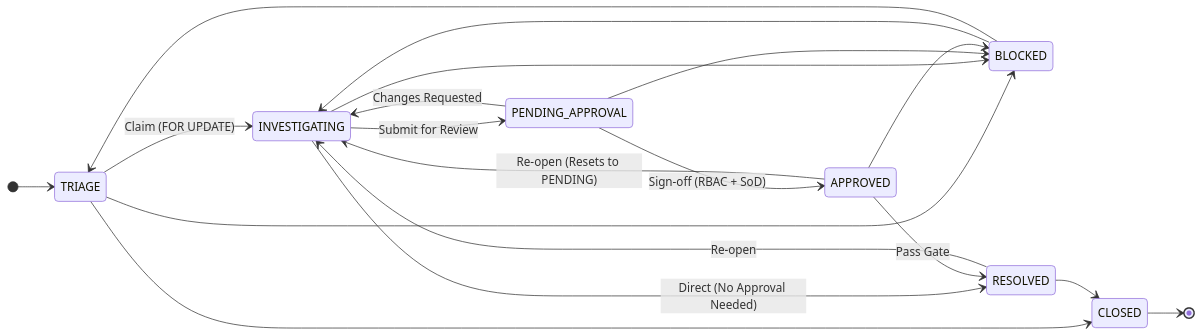
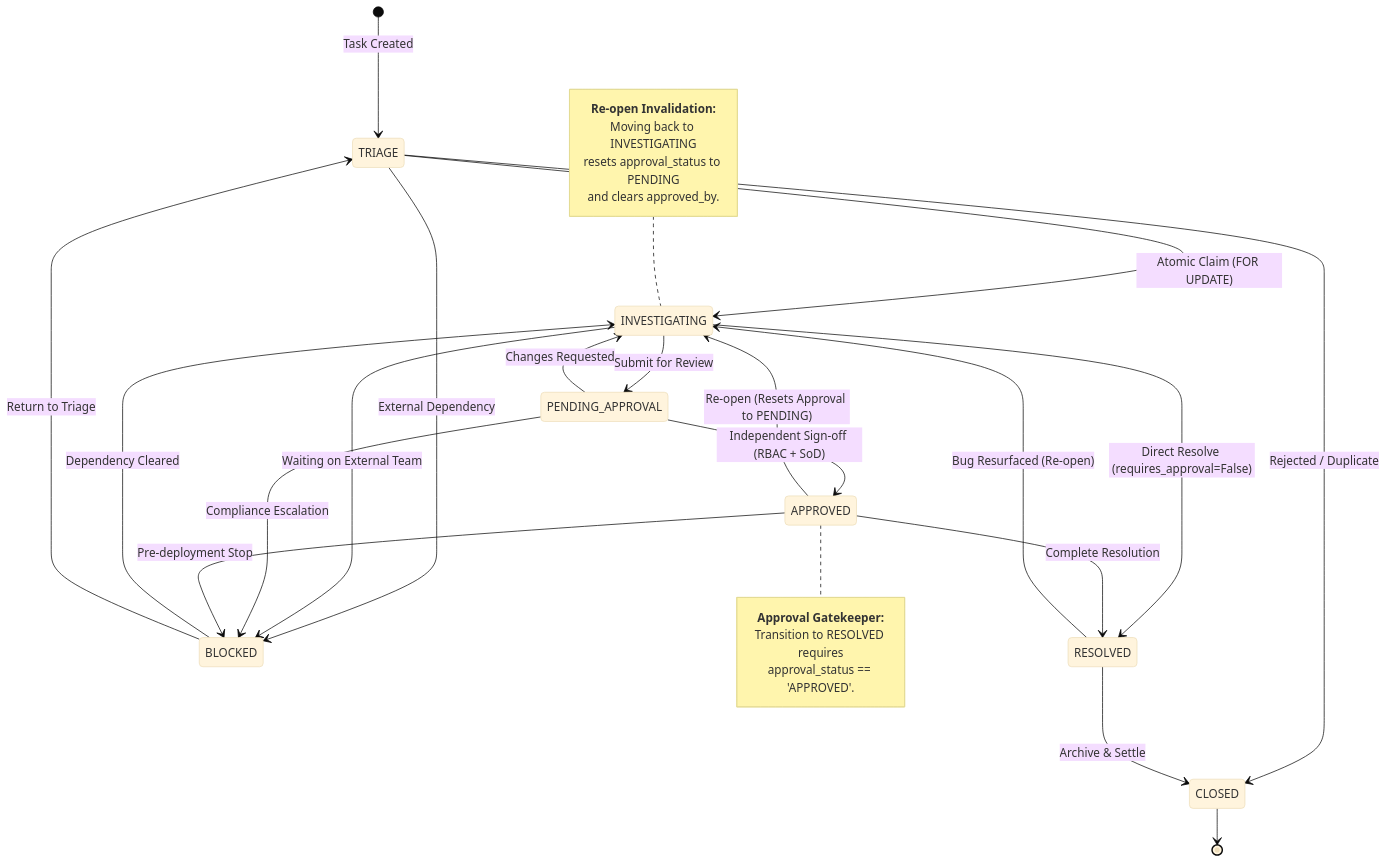
Before and after one commit to matrix-1407/OpsPulse-Newtonite: the second of 4 diagrams in ENGINEERING_DECISIONS.md, drawn with Mermaid. The commit also changed other lines of this file and 1 other file, not shown here.

Commit message:
docs: enlarge and optimize all Mermaid diagrams for high readability and visibility

````diff
--- a/ENGINEERING_DECISIONS.md
+++ b/ENGINEERING_DECISIONS.md
@@ -98,28 +137,49 @@
 ```mermaid
+%%{init: {
+  'theme': 'base',
+  'themeVariables': {
+    'fontSize': '16px',
+    'fontFamily': 'Inter, system-ui, -apple-system, sans-serif'
+  }
+}}%%
 stateDiagram-v2
-    direction LR
-    [*] --> TRIAGE
-    TRIAGE --> INVESTIGATING : Claim (FOR UPDATE)
-    TRIAGE --> BLOCKED
-    TRIAGE --> CLOSED
+    direction TB
+    [*] --> TRIAGE : Task Created
+    
+    TRIAGE --> INVESTIGATING : Atomic Claim (FOR UPDATE)
+    TRIAGE --> BLOCKED : External Dependency
+    TRIAGE --> CLOSED : Rejected / Duplicate
     
     INVESTIGATING --> PENDING_APPROVAL : Submit for Review
-    INVESTIGATING --> RESOLVED : Direct (No Approval Needed)
-    INVESTIGATING --> BLOCKED
+    INVESTIGATING --> RESOLVED : Direct Resolve (requires_approval=False)
+    INVESTIGATING --> BLOCKED : Waiting on External Team
     
-    PENDING_APPROVAL --> APPROVED : Sign-off (RBAC + SoD)
+    PENDING_APPROVAL --> APPROVED : Independent Sign-off (RBAC + SoD)
     PENDING_APPROVAL --> INVESTIGATING : Changes Requested
-    PENDING_APPROVAL --> BLOCKED
+    PENDING_APPROVAL --> BLOCKED : Compliance Escalation
     
-    APPROVED --> RESOLVED : Pass Gate
-    APPROVED --> INVESTIGATING : Re-open (Resets to PENDING)
-    APPROVED --> BLOCKED
+    APPROVED --> RESOLVED : Complete Resolution
+    APPROVED --> INVESTIGATING : Re-open (Resets Approval to PENDING)
+    APPROVED --> BLOCKED : Pre-deployment Stop
     
-    BLOCKED --> INVESTIGATING
-    BLOCKED --> TRIAGE
+    BLOCKED --> INVESTIGATING : Dependency Cleared
+    BLOCKED --> TRIAGE : Return to Triage
     
-    RESOLVED --> CLOSED
-    RESOLVED --> INVESTIGATING : Re-open
+    RESOLVED --> CLOSED : Archive & Settle
+    RESOLVED --> INVESTIGATING : Bug Resurfaced (Re-open)
     
     CLOSED --> [*]
+
+    note right of APPROVED
+        <b>Approval Gatekeeper:</b>
+        Transition to RESOLVED requires
+        approval_status == 'APPROVED'.
+    end note
+
+    note left of INVESTIGATING
+        <b>Re-open Invalidation:</b>
+        Moving back to INVESTIGATING
+        resets approval_status to PENDING
+        and clears approved_by.
+    end note
 ```
````
